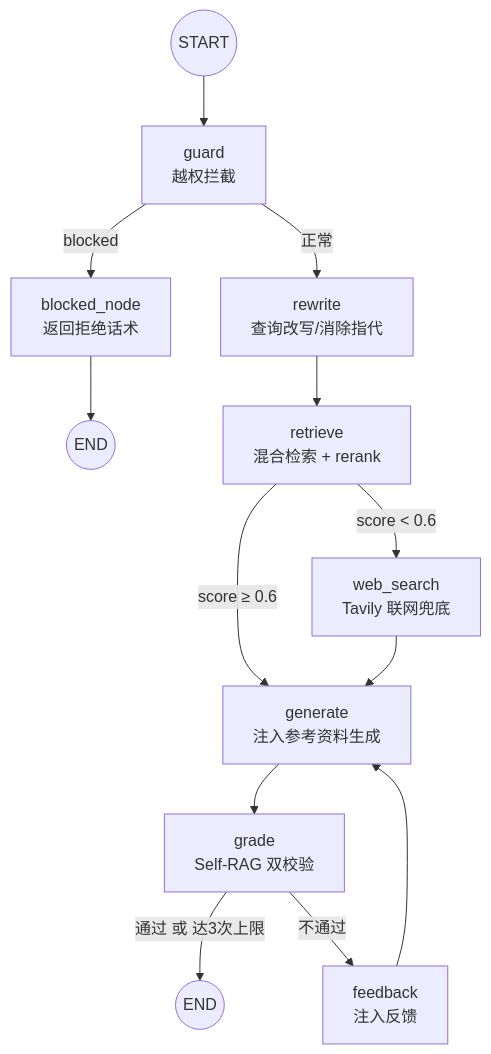
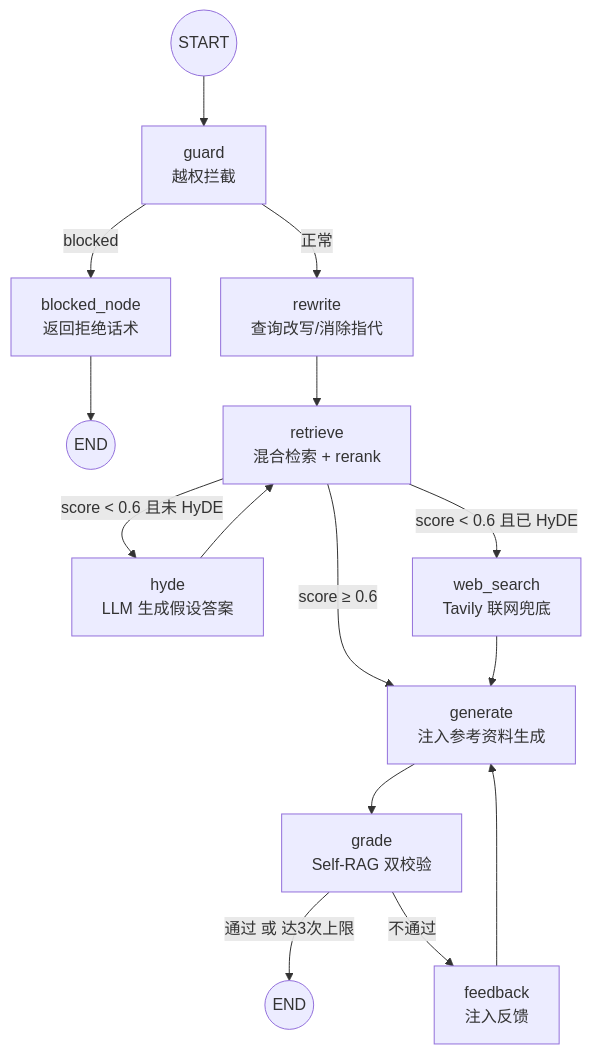
One commit to ctreyx/doctor-agent changed the diagram in README.md. Above: the diagram before and after it, drawn with Mermaid. The commit also changed other lines of this file and 7 other files, not shown here.

Commit message:
feat: add HyDE hypothetical-answer re-search for low-score retrieval

````diff
--- a/README.md
+++ b/README.md
@@ -87,16 +89,18 @@
 ```mermaid
 flowchart TD
     START((START)) --> G[guard<br/>越权拦截]
     G -->|blocked| B[blocked_node<br/>返回拒绝话术]
     B --> END1((END))
 
     G -->|正常| R[rewrite<br/>查询改写/消除指代]
     R --> RET[retrieve<br/>混合检索 + rerank]
     RET -->|score ≥ 0.6| GEN[generate<br/>注入参考资料生成]
-    RET -->|score < 0.6| WEB[web_search<br/>Tavily 联网兜底]
+    RET -->|score < 0.6 且未 HyDE| HYDE[hyde<br/>LLM 生成假设答案]
+    HYDE --> RET
+    RET -->|score < 0.6 且已 HyDE| WEB[web_search<br/>Tavily 联网兜底]
     WEB --> GEN
     GEN --> GRD[grade<br/>Self-RAG 双校验]
     GRD -->|通过 或 达3次上限| END2((END))
     GRD -->|不通过| FB[feedback<br/>注入反馈]
     FB --> GEN
 ```
````
